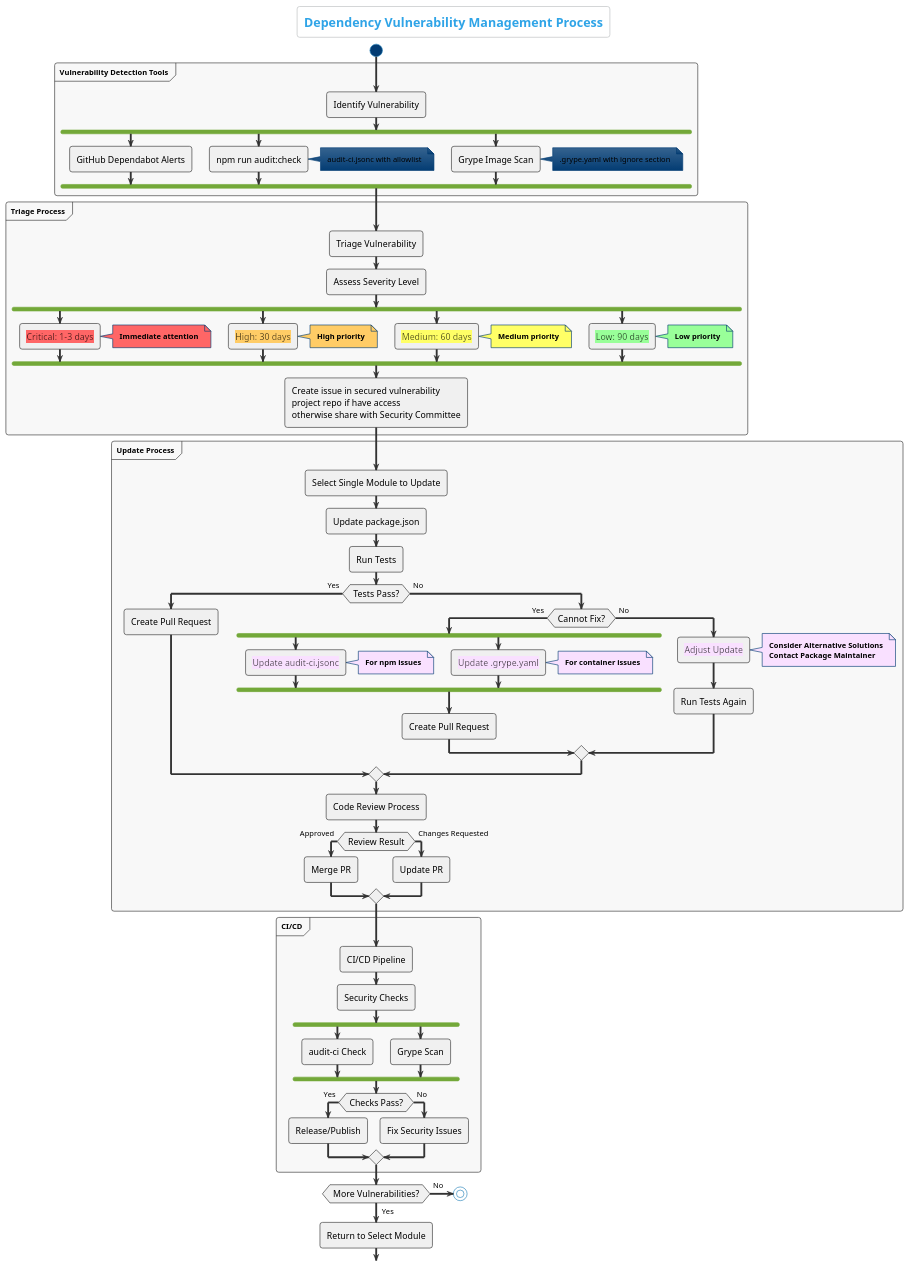
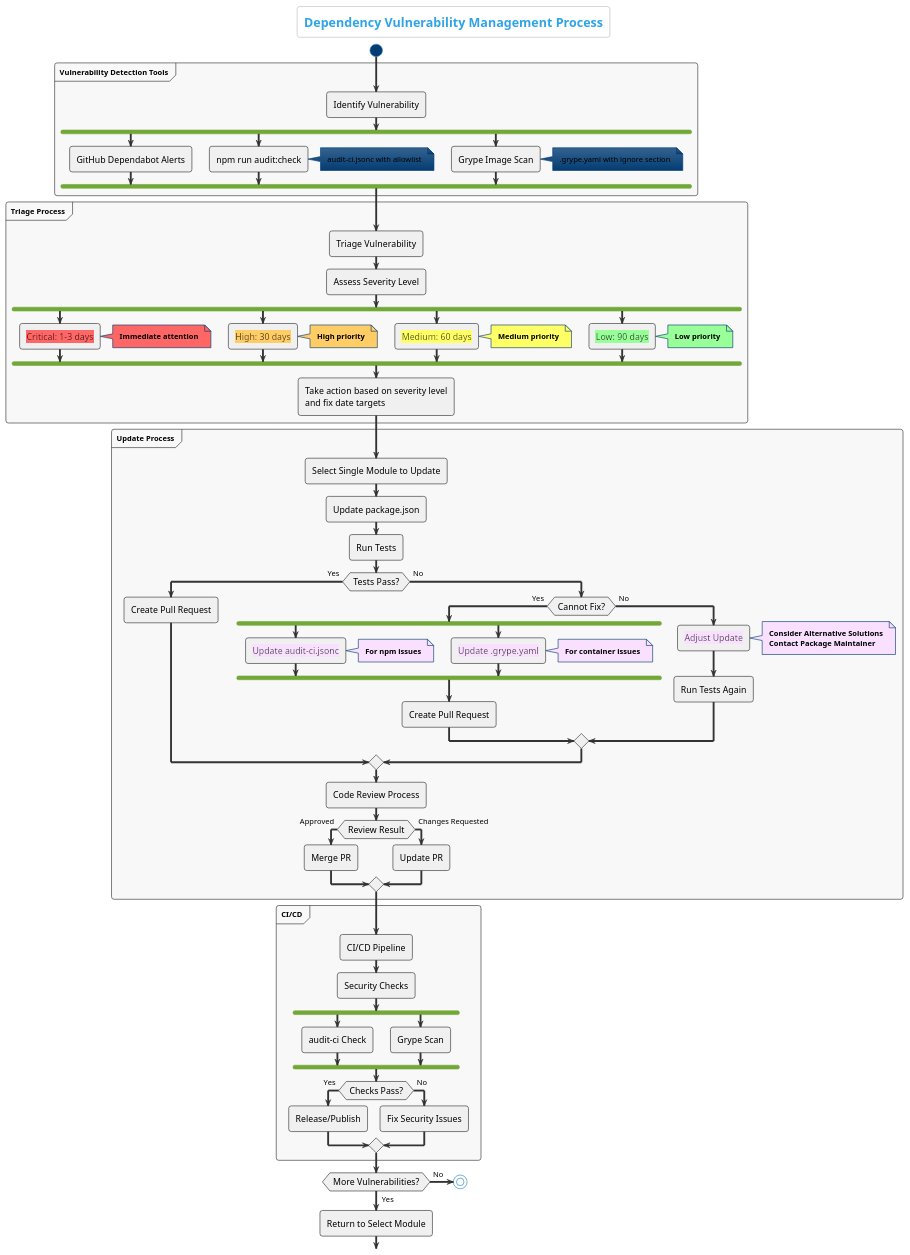
Before and after one commit to mojaloop/documentation: the diagram in docs/technical/technical/deployment-guide/assets/diagrams/vulnerabilityManagement/dependency-vulnerability-management-process.puml, drawn with PlantUML. The commit also changed 3 other files, not shown here.

Commit message:
feat: align fix process and diagram

```diff
--- a/docs/technical/technical/deployment-guide/assets/diagrams/vulnerabilityManagement/dependency-vulnerability-management-process.puml
+++ b/docs/technical/technical/deployment-guide/assets/diagrams/vulnerabilityManagement/dependency-vulnerability-management-process.puml
@@ -1,107 +1,107 @@
 @startuml dependency-vulnerability-management-process
 !theme cerulean
 
 skinparam ActivityBackgroundColor #f0f0f0
 skinparam ActivityBorderColor #333333
 skinparam ArrowColor #333333
 skinparam backgroundColor white
 skinparam ActivityFontColor black
 skinparam ActivityFontSize 14
 skinparam noteFontColor black
 skinparam ArrowFontColor black
 skinparam PartitionFontColor #000000
 skinparam PartitionFontStyle bold
 skinparam PartitionBorderColor #333333
 skinparam PartitionBackgroundColor #f8f8f8
 
 title Dependency Vulnerability Management Process
 
 start
 
 partition "Vulnerability Detection Tools" {
   :Identify Vulnerability;
   fork
     :GitHub Dependabot Alerts;
   fork again
     :npm run audit:check;
     note right: audit-ci.jsonc with allowlist
   fork again
     :Grype Image Scan;
     note right: .grype.yaml with ignore section
   end fork
 }
 
 partition "Triage Process" {
   :Triage Vulnerability;
   :Assess Severity Level;
   fork
     :<back:#FF6666>Critical: 1-3 days</back>;
     note right #FF6666: <b><color:black>Immediate attention</color></b>
   fork again
     :<back:#FFCC66>High: 30 days</back>;
     note right #FFCC66: <b><color:black>High priority</color></b>
   fork again
     :<back:#FFFF66>Medium: 60 days</back>;
     note right #FFFF66: <b><color:black>Medium priority</color></b>
   fork again
     :<back:#99FF99>Low: 90 days</back>;
     note right #99FF99: <b><color:black>Low priority</color></b>
   end fork
-  :Create issue in secured vulnerability\nproject repo if have access\notherwise share with Security Committee;
+  :Take action based on severity level\nand fix date targets;
 }
 
 partition "Update Process" {
   :Select Single Module to Update;
   :Update package.json;
   :Run Tests;
   if (Tests Pass?) then (Yes)
     :Create Pull Request;
   else (No)
     if (Cannot Fix?) then (Yes)
       fork
         :<back:#F9E0FF>Update audit-ci.jsonc</back>;
         note right #F9E0FF: <b><color:black>For npm issues</color></b>
       fork again
         :<back:#F9E0FF>Update .grype.yaml</back>;
         note right #F9E0FF: <b><color:black>For container issues</color></b>
       end fork
       :Create Pull Request;
     else (No)
       :<back:#F9E0FF>Adjust Update</back>;
       note right #F9E0FF
         <b><color:black>Consider Alternative Solutions</color></b>
         <b><color:black>Contact Package Maintainer</color></b>
       end note
       :Run Tests Again;
     endif
   endif
   :Code Review Process;
   if (Review Result) then (Approved)
     :Merge PR;
   else (Changes Requested)
     :Update PR;
   endif
 }
 
 partition "CI/CD" {
   :CI/CD Pipeline;
   :Security Checks;
   fork
     :audit-ci Check;
   fork again
     :Grype Scan;
   end fork
   if (Checks Pass?) then (Yes)
     :Release/Publish;
   else (No)
     :Fix Security Issues;
   endif
 }
 
 if (More Vulnerabilities?) then (Yes)
   :Return to Select Module;
 else (No)
   stop
 endif
 
 @enduml 
```
